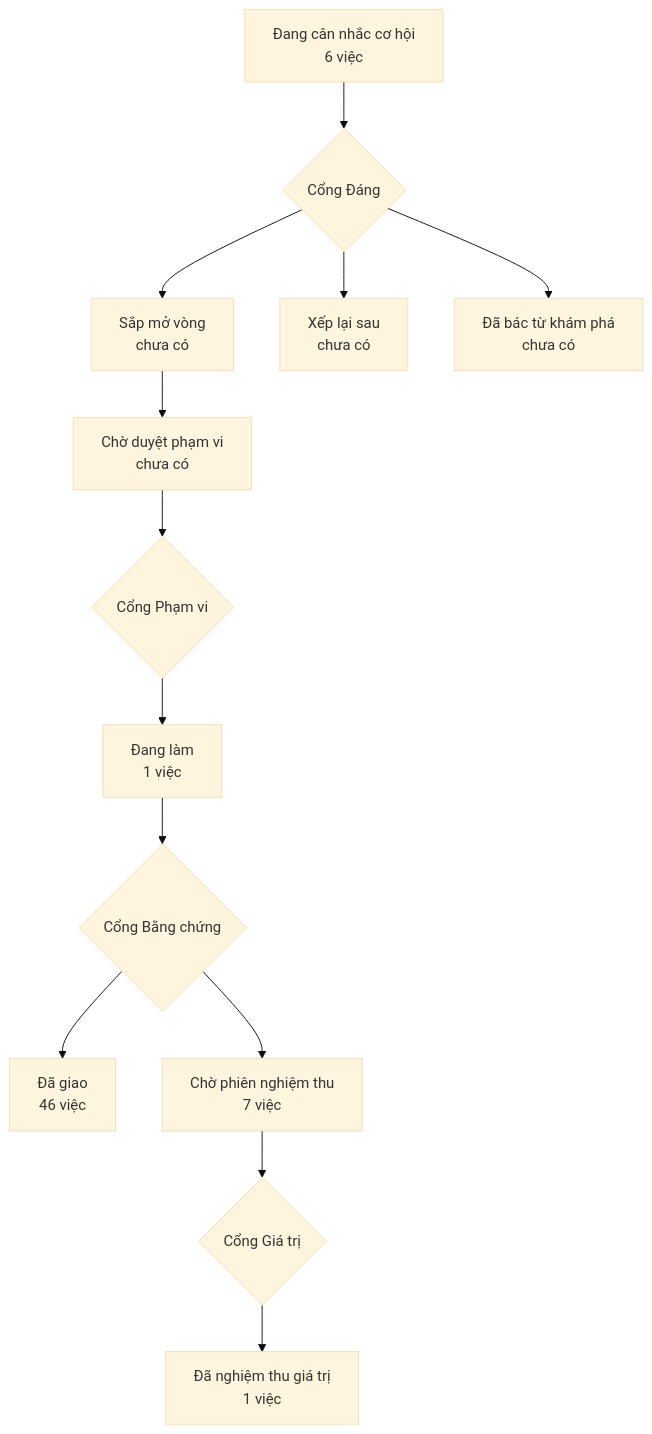
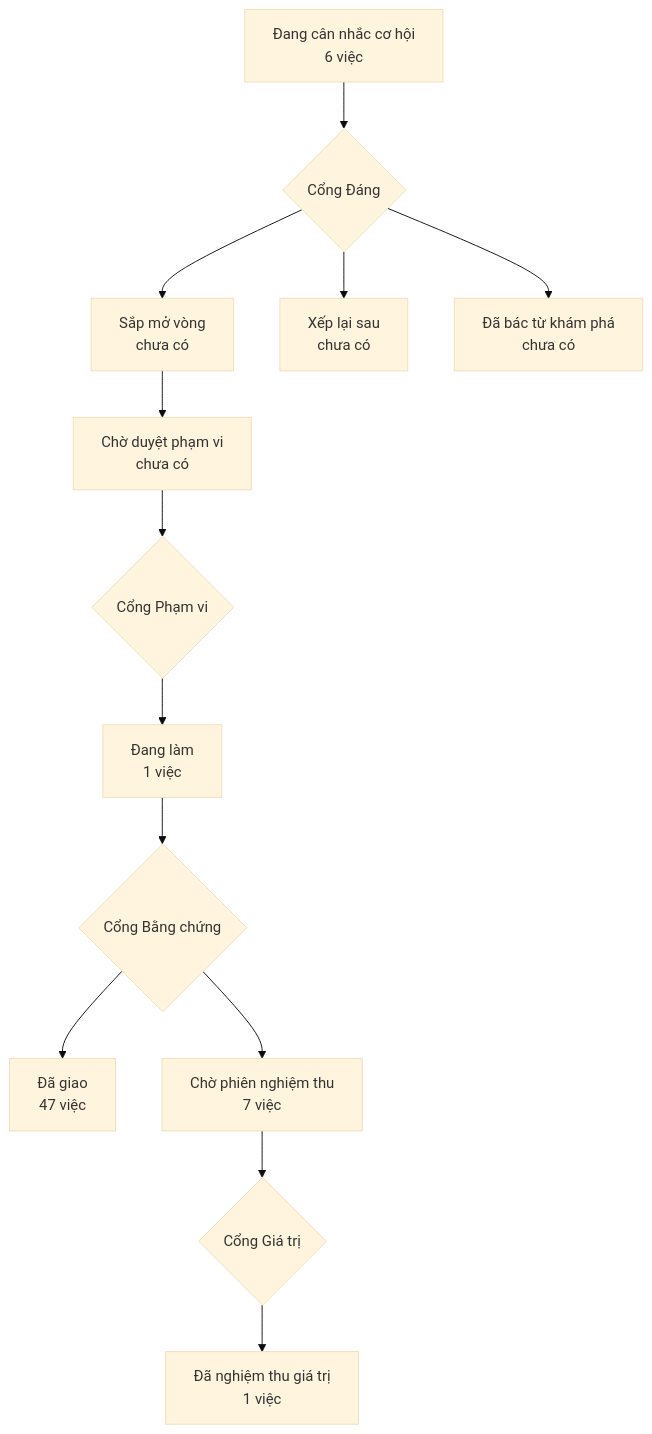
The diagram in PRODUCT-MAP.md (phanlemanh/crm-onehub), drawn with Mermaid (base theme) before and after one commit. The commit also changed other lines of this file and 4 other files, not shown here.

````diff
--- a/PRODUCT-MAP.md
+++ b/PRODUCT-MAP.md
@@ -6,12 +6,12 @@
 ```mermaid
 flowchart TD
   A["Đang cân nhắc cơ hội<br/>6 việc"] --> GD{"Cổng Đáng"}
   GD --> B["Sắp mở vòng<br/>chưa có"]
   GD --> XL["Xếp lại sau<br/>chưa có"]
   GD --> DB["Đã bác từ khám phá<br/>chưa có"]
   B --> CD["Chờ duyệt phạm vi<br/>chưa có"] --> GP{"Cổng Phạm vi"}
   GP --> DL["Đang làm<br/>1 việc"] --> GB{"Cổng Bằng chứng"}
-  GB --> DG["Đã giao<br/>46 việc"]
+  GB --> DG["Đã giao<br/>47 việc"]
   GB --> CN["Chờ phiên nghiệm thu<br/>7 việc"] --> GG{"Cổng Giá trị"}
   GG --> NT["Đã nghiệm thu giá trị<br/>1 việc"]
 ```
````
